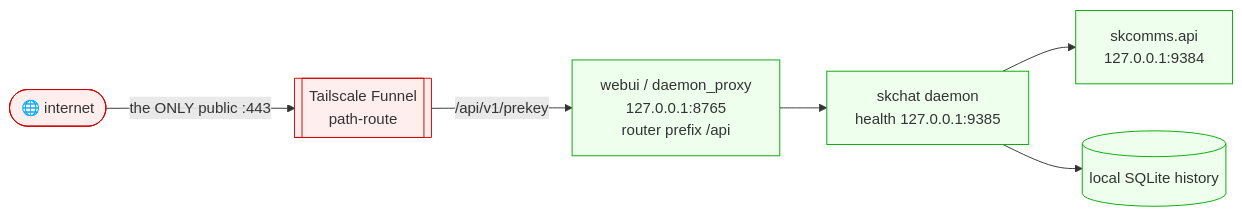
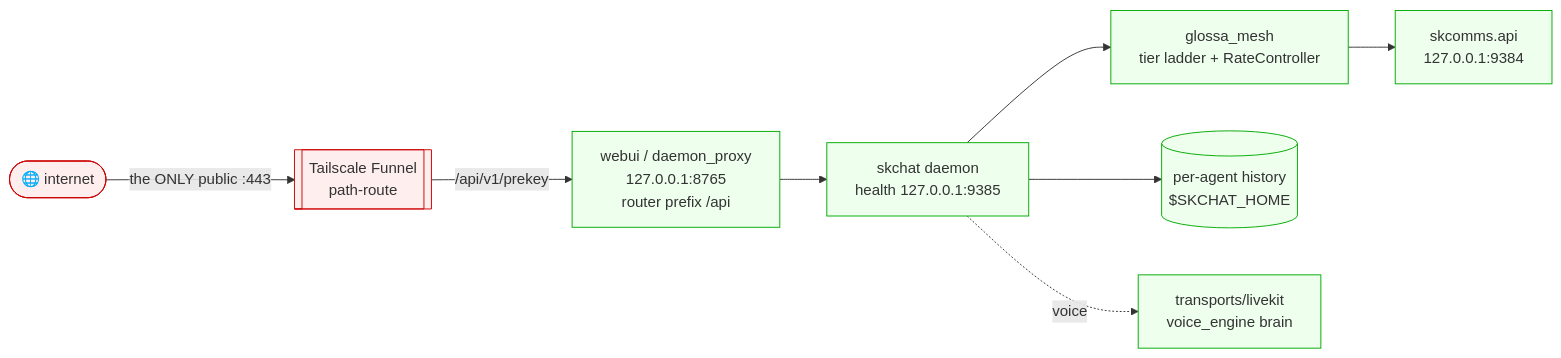
One commit to smilinTux/skchat changed the diagram in SOP.md. Above: the diagram before and after it, drawn with Mermaid. The commit also changed other lines of this file and 1 other file, not shown here.

First line of the commit message:
docs(SOP): describe merged tree — SKGlossa G2 (rate + L3 token-stream) + engine-backed LiveKit transport + per-agent SKCHAT_HOME store; add CHANGELOG

````diff
--- a/SOP.md
+++ b/SOP.md
@@ -17,12 +46,14 @@
 ```mermaid
 flowchart LR
     NET([🌐 internet]) -->|"the ONLY public :443"| FUNNEL[["Tailscale Funnel<br/>path-route"]]
     FUNNEL -->|"/api/v1/prekey"| WEBUI[webui / daemon_proxy<br/>127.0.0.1:8765<br/>router prefix /api]
     WEBUI --> DAEMON[skchat daemon<br/>health 127.0.0.1:9385]
-    DAEMON --> SKCOMMS[skcomms.api<br/>127.0.0.1:9384]
-    DAEMON --> HIST[(local SQLite history)]
+    DAEMON --> GLOSSA[glossa_mesh<br/>tier ladder + RateController]
+    GLOSSA --> SKCOMMS[skcomms.api<br/>127.0.0.1:9384]
+    DAEMON --> HIST[("per-agent history<br/>$SKCHAT_HOME")]
+    DAEMON -.voice.-> LK[transports/livekit<br/>voice_engine brain]
     classDef pub fill:#fee,stroke:#c00;
     classDef priv fill:#efe,stroke:#0a0;
     class NET,FUNNEL pub
-    class WEBUI,DAEMON,SKCOMMS,HIST priv
+    class WEBUI,DAEMON,GLOSSA,SKCOMMS,HIST,LK priv
 ```
````
